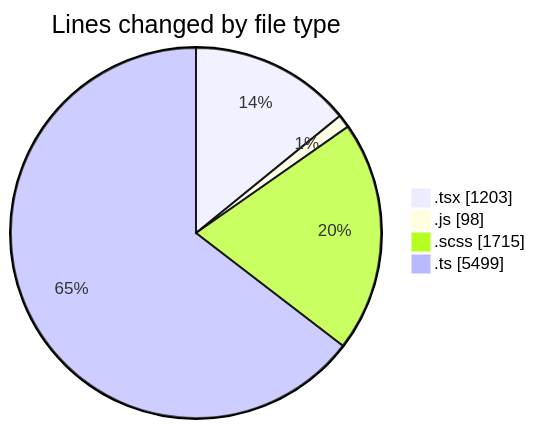
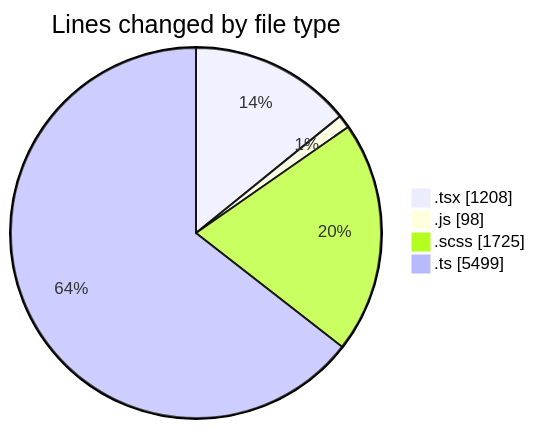
Before and after one commit to momahboobian/code-tracking: the first of 2 diagrams in 2025-03-31/cda/README.md, drawn with Mermaid. The commit also changed other lines of this file and 1 other file, not shown here.

````diff
--- a/2025-03-31/cda/README.md
+++ b/2025-03-31/cda/README.md
@@ -39,8 +39,8 @@
 ```mermaid
 pie showData
 title Lines changed by file type
-".tsx" : 1203
+".tsx" : 1208
 ".js" : 98
-".scss" : 1715
+".scss" : 1725
 ".ts" : 5499
 ```
````
